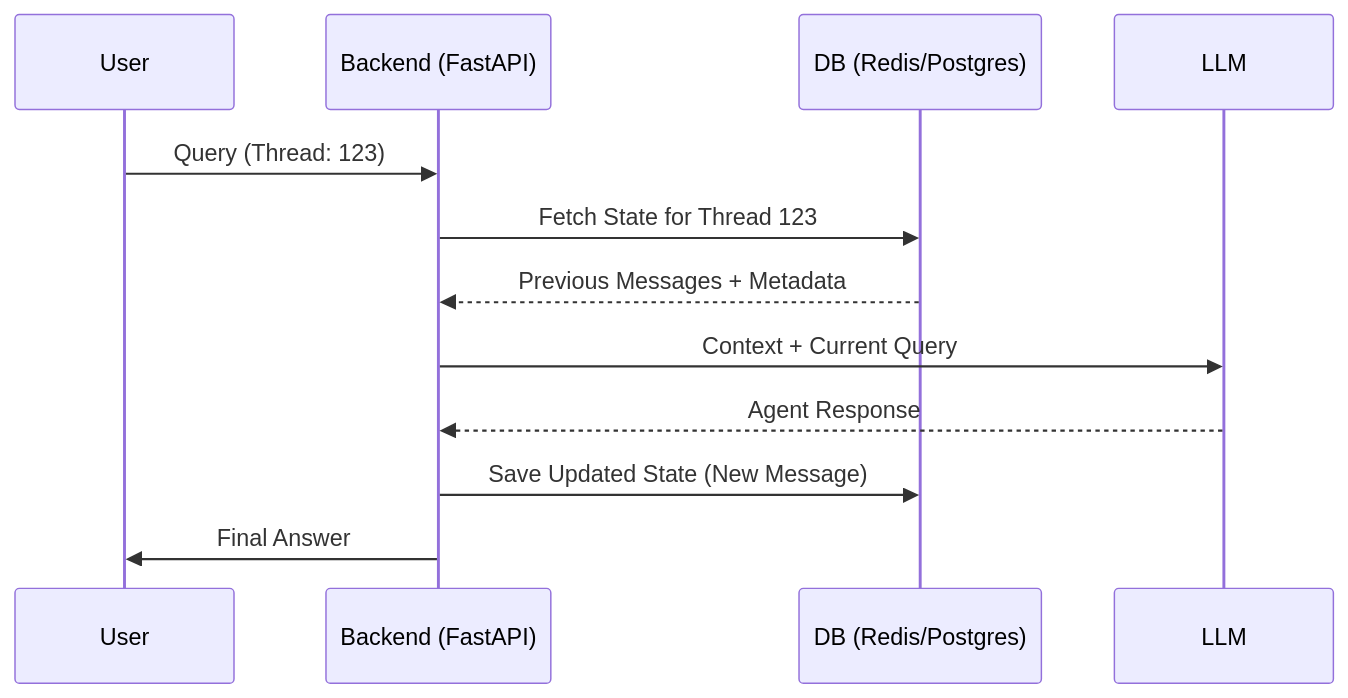
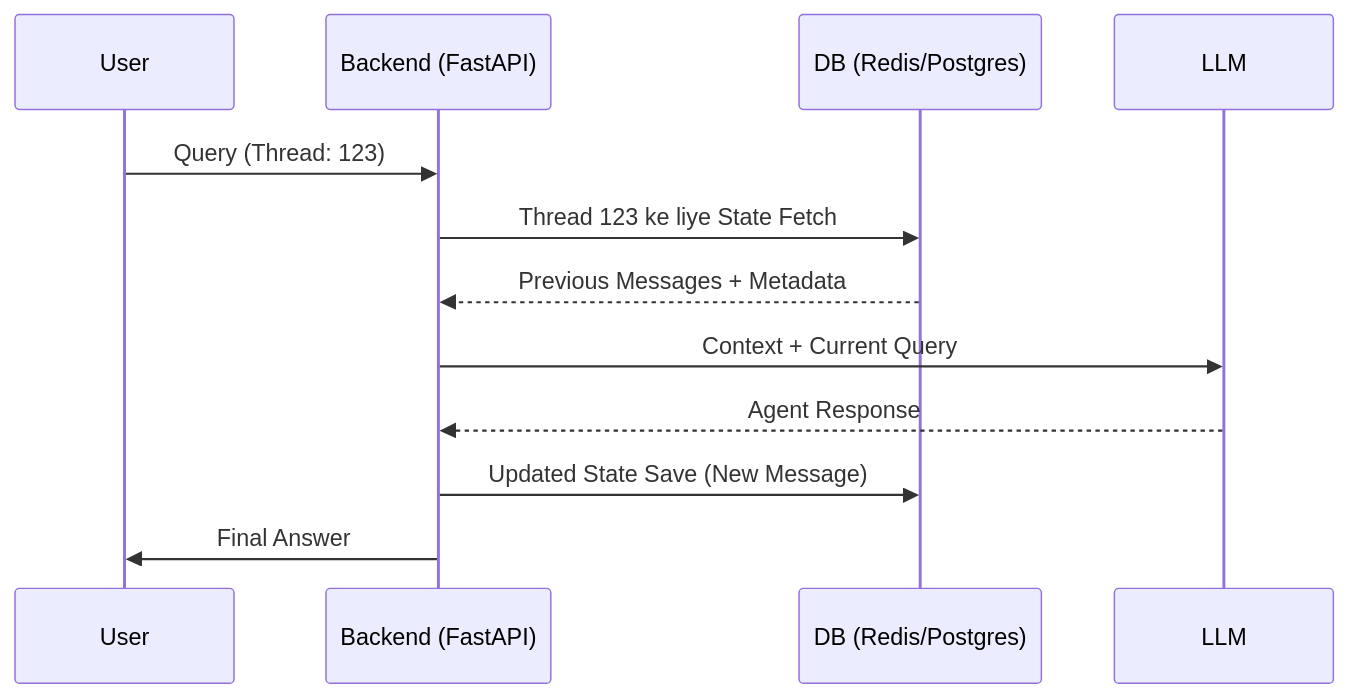
One commit to Sameer-Malik20/SusaGPT-Build-LLM-From-Scratch-With-Hinglish-Learning-Material changed the diagram in docs/agentic_ai_learning/04_Agent_Memory_and_State/Conversation_State_Management.md. Above: the diagram before and after it, drawn with Mermaid. The commit also changed other lines of this file and 25 other files, not shown here.

````diff
--- a/docs/agentic_ai_learning/04_Agent_Memory_and_State/Conversation_State_Management.md
+++ b/docs/agentic_ai_learning/04_Agent_Memory_and_State/Conversation_State_Management.md
@@ -33,15 +33,15 @@
 ```mermaid
 sequenceDiagram
     participant U as User
     participant B as Backend (FastAPI)
     participant D as DB (Redis/Postgres)
     participant L as LLM
 
     U->>B: Query (Thread: 123)
-    B->>D: Fetch State for Thread 123
+    B->>D: Thread 123 ke liye State Fetch
     D-->>B: Previous Messages + Metadata
     B->>L: Context + Current Query
     L-->>B: Agent Response
-    B->>D: Save Updated State (New Message)
+    B->>D: Updated State Save (New Message)
     B->>U: Final Answer
 ```
````
